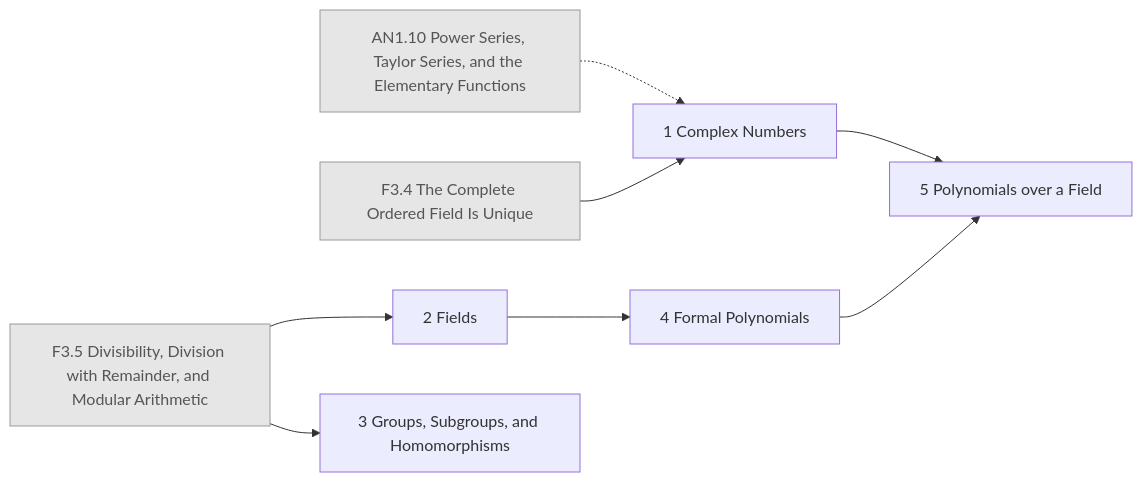
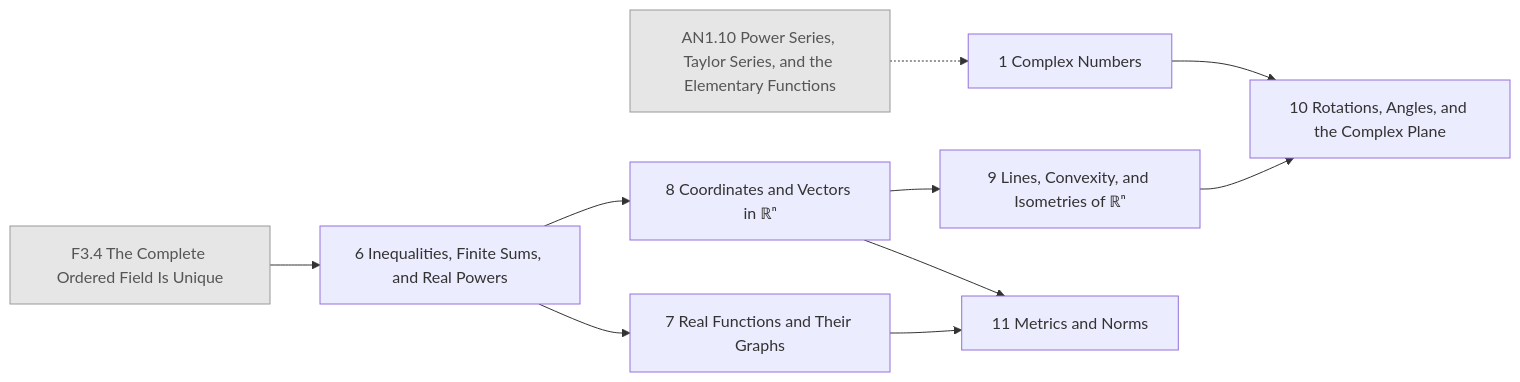
One commit to AkizumiFox/math-atlas changed the diagram in generated/chapters/F4.mmd. Above: the diagram before and after it, drawn with Mermaid. The commit also changed 41 other files, not shown here.

```diff
--- a/generated/chapters/F4.mmd
+++ b/generated/chapters/F4.mmd
@@ -1,19 +1,22 @@
 flowchart LR
+  F3_4["F3.4 The Complete Ordered Field Is Unique"]:::ext
   AN1_10["AN1.10 Power Series, Taylor Series, and the Elementary Functions"]:::ext
-  F3_5["F3.5 Divisibility, Division with Remainder, and Modular Arithmetic"]:::ext
-  F3_4["F3.4 The Complete Ordered Field Is Unique"]:::ext
+  F4_6["6 Inequalities, Finite Sums, and Real Powers"]
+  F4_7["7 Real Functions and Their Graphs"]
+  F4_8["8 Coordinates and Vectors in ℝⁿ"]
+  F4_9["9 Lines, Convexity, and Isometries of ℝⁿ"]
   F4_1["1 Complex Numbers"]
-  F4_2["2 Fields"]
-  F4_3["3 Groups, Subgroups, and Homomorphisms"]
-  F4_4["4 Formal Polynomials"]
-  F4_5["5 Polynomials over a Field"]
+  F4_10["10 Rotations, Angles, and the Complex Plane"]
+  F4_11["11 Metrics and Norms"]
+  F3_4 --> F4_6
+  F4_6 --> F4_7
+  F4_6 --> F4_8
+  F4_8 --> F4_9
   AN1_10 -.-> F4_1
-  F3_4 --> F4_1
-  F3_5 --> F4_2
-  F3_5 --> F4_3
-  F4_2 --> F4_4
-  F4_1 --> F4_5
-  F4_4 --> F4_5
+  F4_9 --> F4_10
+  F4_1 --> F4_10
+  F4_7 --> F4_11
+  F4_8 --> F4_11
   classDef ext fill:#e6e6e6,stroke:#999,color:#555
   classDef opt fill:#fff,stroke:#999,stroke-dasharray:4 3,color:#555
   classDef segb fill:#f6f6fb,stroke:#99a,color:#333
```
